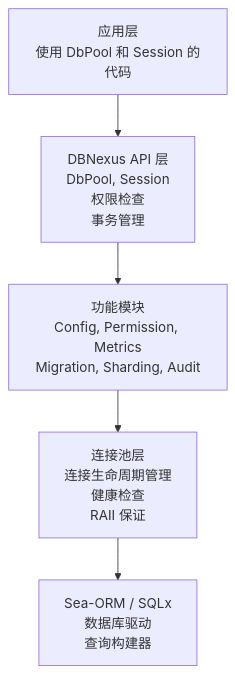
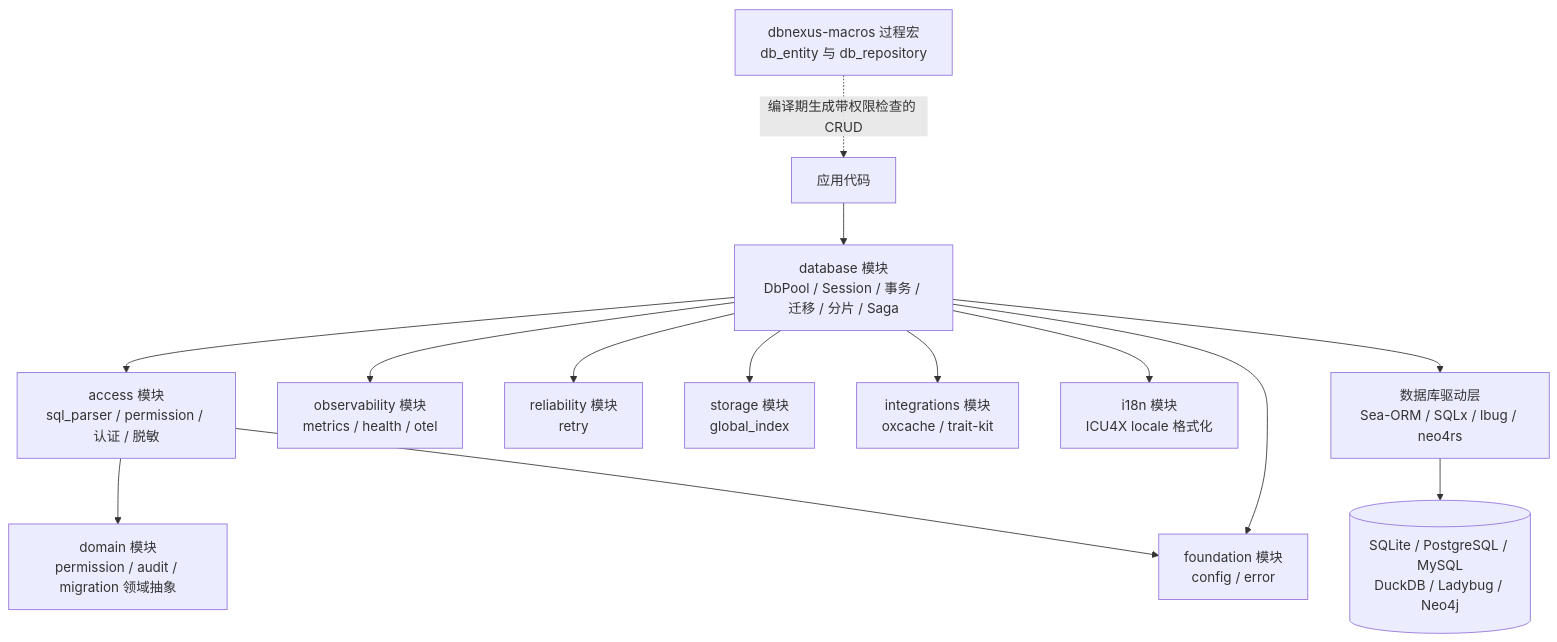
The first of 2 diagrams in README.md (Kirky-X/dbnexus), drawn with Mermaid before and after one commit. The commit also changed other lines of this file and 1 other file, not shown here.

Commit message:
docs(dbnexus): 重写中英双语 README — 架构 flowchart 与 Session::execute_raw 安全管道时序图、67 个特性全表、能力按核心基座/聚合/企业级三层重组、性能基线表对齐 PERFORMANCE.md 2026-09-11 口径；修正 4→5 基准、12→15 all-optional 成员等过时数字

````diff
--- a/README.md
+++ b/README.md
@@ -466,7 +468,30 @@
 ```mermaid
-graph TD
-    A[应用层<br/>使用 DbPool 和 Session 的代码] --> B[DBNexus API 层<br/>DbPool, Session<br/>权限检查<br/>事务管理]
-    B --> C[功能模块<br/>Config, Permission, Metrics<br/>Migration, Sharding, Audit]
-    C --> D[连接池层<br/>连接生命周期管理<br/>健康检查<br/>RAII 保证]
-    D --> E[Sea-ORM / SQLx<br/>数据库驱动<br/>查询构建器]
+flowchart TD
+    APP["应用代码"]
+    MAC["dbnexus-macros 过程宏<br/>db_entity 与 db_repository"]
+    API["database 模块<br/>DbPool / Session / 事务 / 迁移 / 分片 / Saga"]
+    ACC["access 模块<br/>sql_parser / permission / 认证 / 脱敏"]
+    DOM["domain 模块<br/>permission / audit / migration 领域抽象"]
+    OBS["observability 模块<br/>metrics / health / otel"]
+    REL["reliability 模块<br/>retry"]
+    STO["storage 模块<br/>global_index"]
+    INT["integrations 模块<br/>oxcache / trait-kit"]
+    I18N["i18n 模块<br/>ICU4X locale 格式化"]
+    FND["foundation 模块<br/>config / error"]
+    DRV["数据库驱动层<br/>Sea-ORM / SQLx / lbug / neo4rs"]
+    DB[("SQLite / PostgreSQL / MySQL<br/>DuckDB / Ladybug / Neo4j")]
+
+    MAC -.->|编译期生成带权限检查的 CRUD| APP
+    APP --> API
+    API --> ACC
+    ACC --> DOM
+    API --> OBS
+    API --> REL
+    API --> STO
+    API --> INT
+    API --> I18N
+    ACC --> FND
+    API --> FND
+    API --> DRV
+    DRV --> DB
 ```
````
